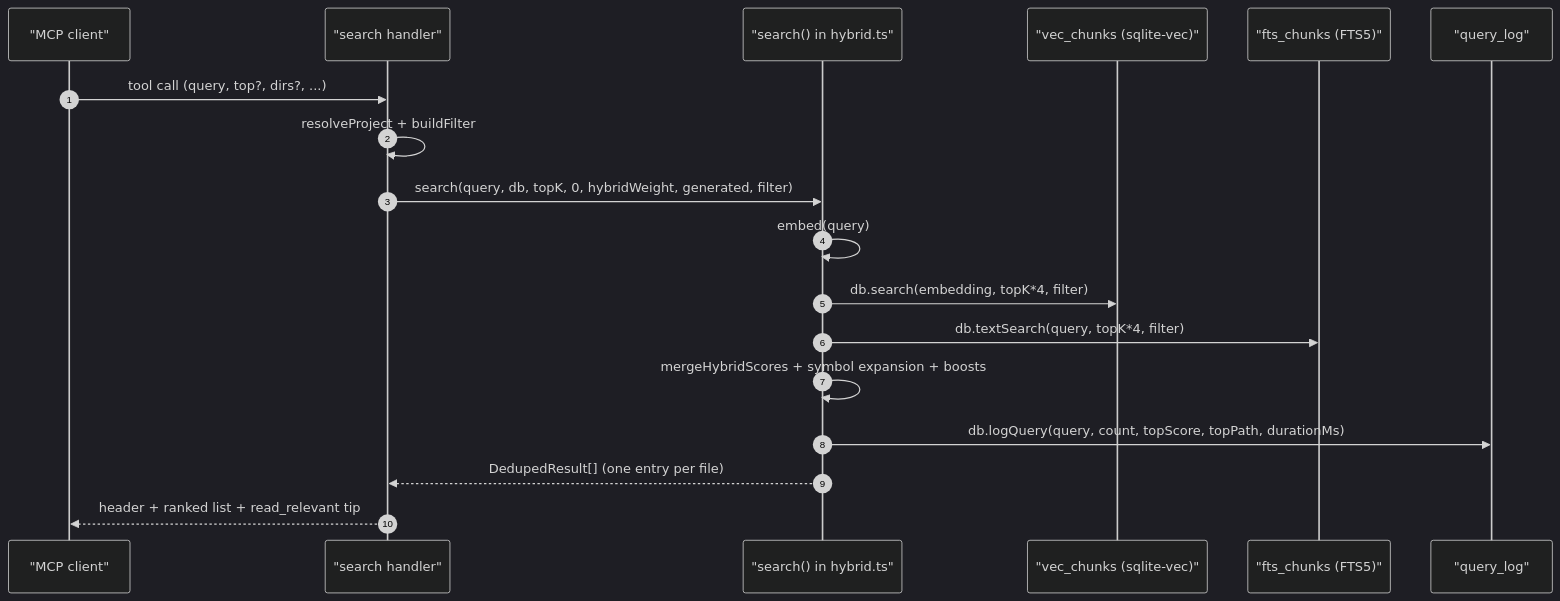
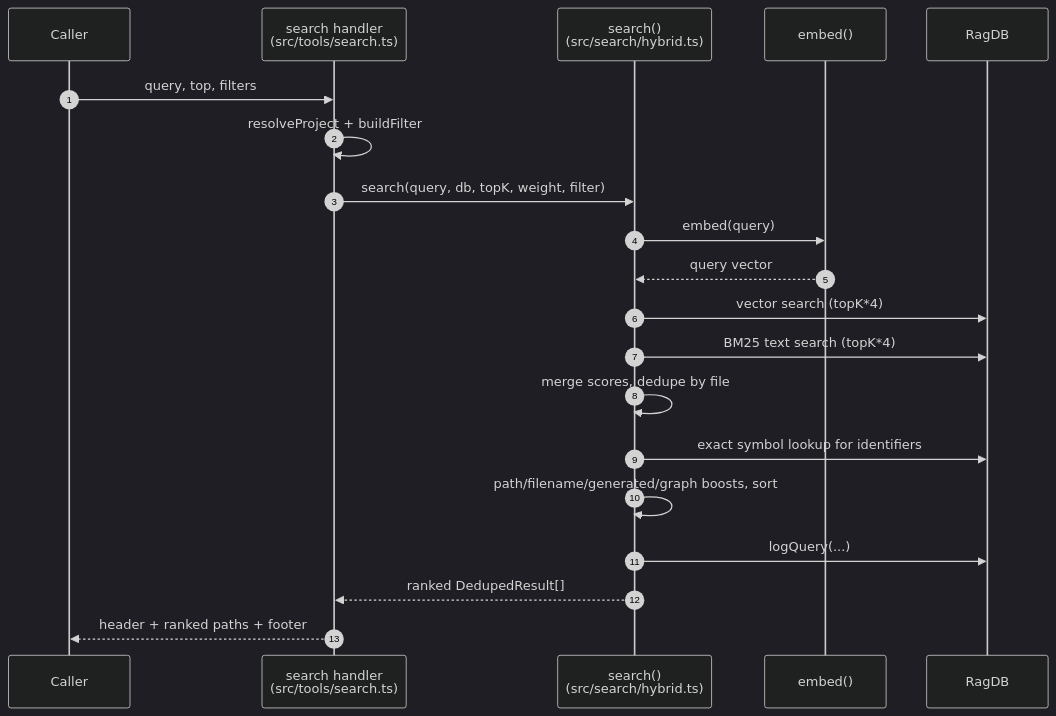
One commit to TheWinci/mimirs changed the diagram in wiki/tools/search.md. Above: the diagram before and after it, drawn with Mermaid (dark theme). The commit also changed other lines of this file and 52 other files, not shown here.

````diff
--- a/wiki/tools/search.md
+++ b/wiki/tools/search.md
@@ -12,21 +38,22 @@
 ```mermaid
 sequenceDiagram
-    autonumber
-    participant Client as "MCP client"
-    participant Handler as "search handler"
-    participant Hybrid as "search() in hybrid.ts"
-    participant Vec as "vec_chunks (sqlite-vec)"
-    participant Fts as "fts_chunks (FTS5)"
-    participant Log as "query_log"
-
-    Client->>Handler: tool call (query, top?, dirs?, ...)
-    Handler->>Handler: resolveProject + buildFilter
-    Handler->>Hybrid: search(query, db, topK, 0, hybridWeight, generated, filter)
-    Hybrid->>Hybrid: embed(query)
-    Hybrid->>Vec: db.search(embedding, topK*4, filter)
-    Hybrid->>Fts: db.textSearch(query, topK*4, filter)
-    Hybrid->>Hybrid: mergeHybridScores + symbol expansion + boosts
-    Hybrid->>Log: db.logQuery(query, count, topScore, topPath, durationMs)
-    Hybrid-->>Handler: DedupedResult[] (one entry per file)
-    Handler-->>Client: header + ranked list + read_relevant tip
+  autonumber
+  participant Caller
+  participant Handler as search handler<br>(src/tools/search.ts)
+  participant Svc as search()<br>(src/search/hybrid.ts)
+  participant Embed as embed()
+  participant DB as RagDB
+  Caller->>Handler: query, top, filters
+  Handler->>Handler: resolveProject + buildFilter
+  Handler->>Svc: search(query, db, topK, weight, filter)
+  Svc->>Embed: embed(query)
+  Embed-->>Svc: query vector
+  Svc->>DB: vector search (topK*4)
+  Svc->>DB: BM25 text search (topK*4)
+  Svc->>Svc: merge scores, dedupe by file
+  Svc->>DB: exact symbol lookup for identifiers
+  Svc->>Svc: path/filename/generated/graph boosts, sort
+  Svc->>DB: logQuery(...)
+  Svc-->>Handler: ranked DedupedResult[]
+  Handler-->>Caller: header + ranked paths + footer
 ```
````
